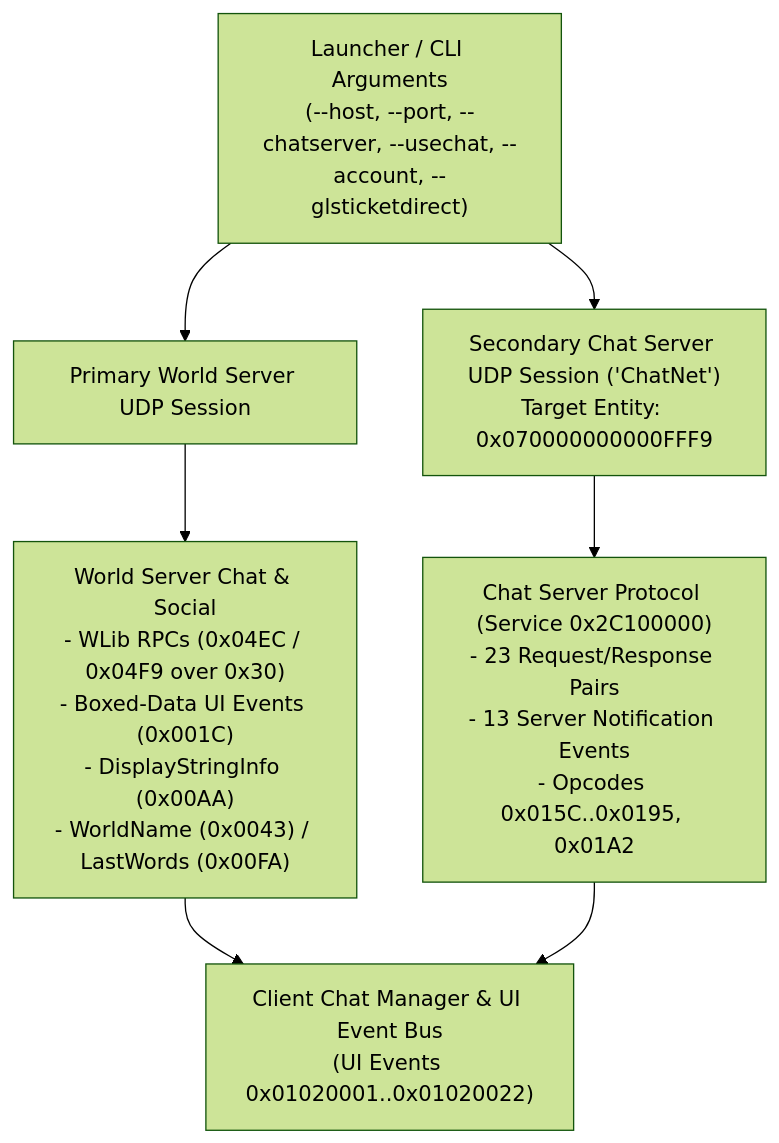
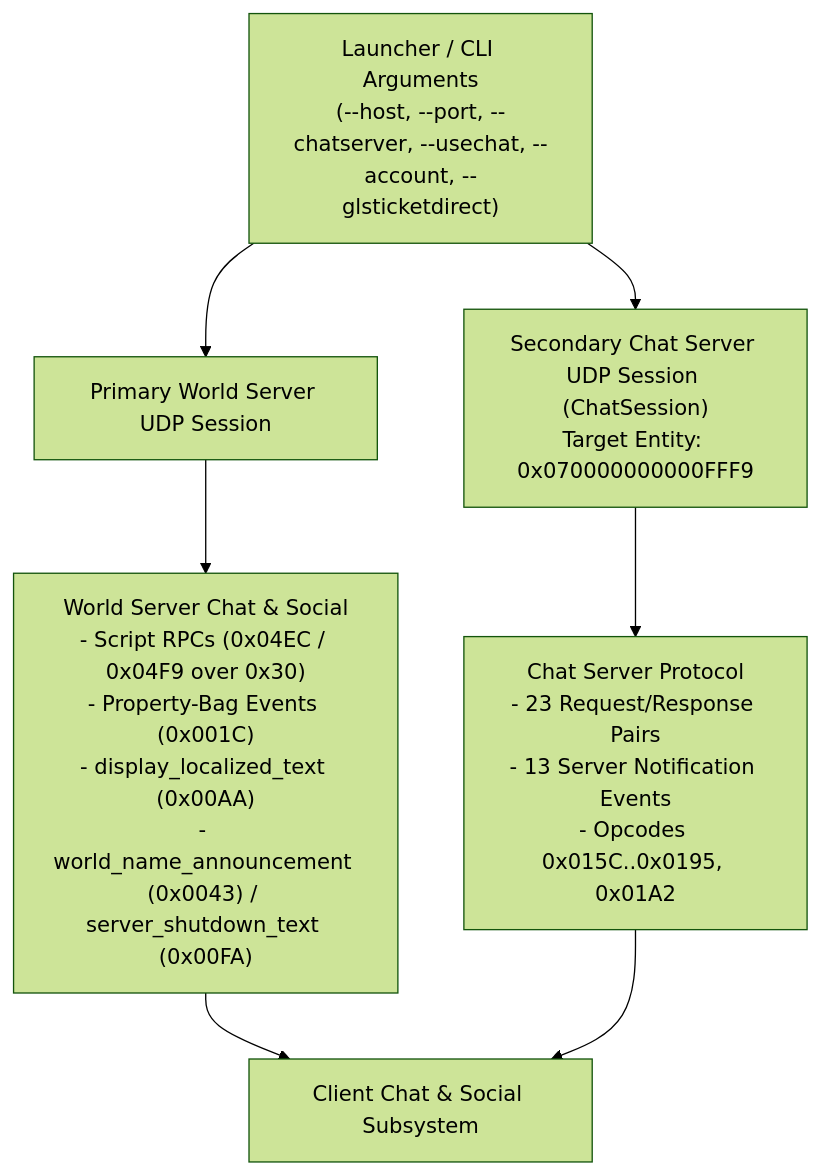
One commit to solarbaron/lotro-reimplementation changed the first of 2 diagrams in docs/specs/official-messages-play.md. Above: the diagram before and after it, drawn with Mermaid (forest theme). The commit also changed other lines of this file and 5 other files, not shown here.

````diff
--- a/docs/specs/official-messages-play.md
+++ b/docs/specs/official-messages-play.md
@@ -436,12 +272,12 @@
 ```mermaid
 flowchart TD
     Launcher["Launcher / CLI Arguments<br/>(--host, --port, --chatserver, --usechat, --account, --glsticketdirect)"]
     Launcher --> WorldNet["Primary World Server UDP Session"]
-    Launcher --> ChatNet["Secondary Chat Server UDP Session ('ChatNet')<br/>Target Entity: 0x070000000000FFF9"]
+    Launcher --> ChatSession["Secondary Chat Server UDP Session (ChatSession)<br/>Target Entity: 0x070000000000FFF9"]
 
-    WorldNet --> WLib["World Server Chat & Social<br/>- WLib RPCs (0x04EC / 0x04F9 over 0x30)<br/>- Boxed-Data UI Events (0x001C)<br/>- DisplayStringInfo (0x00AA)<br/>- WorldName (0x0043) / LastWords (0x00FA)"]
-    ChatNet --> ChatSvc["Chat Server Protocol (Service 0x2C100000)<br/>- 23 Request/Response Pairs<br/>- 13 Server Notification Events<br/>- Opcodes 0x015C..0x0195, 0x01A2"]
+    WorldNet --> ScriptRpc["World Server Chat & Social<br/>- Script RPCs (0x04EC / 0x04F9 over 0x30)<br/>- Property-Bag Events (0x001C)<br/>- display_localized_text (0x00AA)<br/>- world_name_announcement (0x0043) / server_shutdown_text (0x00FA)"]
+    ChatSession --> ChatSvc["Chat Server Protocol<br/>- 23 Request/Response Pairs<br/>- 13 Server Notification Events<br/>- Opcodes 0x015C..0x0195, 0x01A2"]
 
-    WLib --> UI["Client Chat Manager & UI Event Bus<br/>(UI Events 0x01020001..0x01020022)"]
+    ScriptRpc --> UI["Client Chat & Social Subsystem"]
     ChatSvc --> UI
 ```
````
